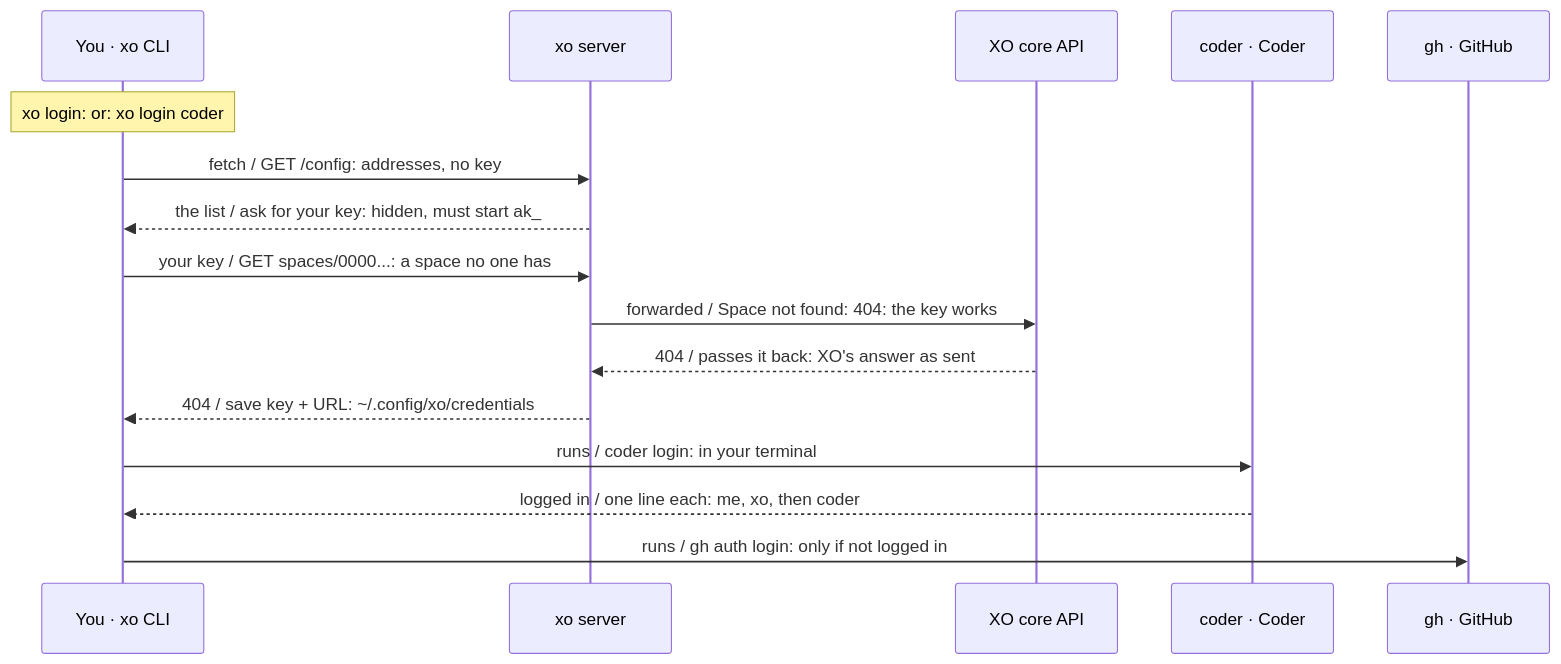
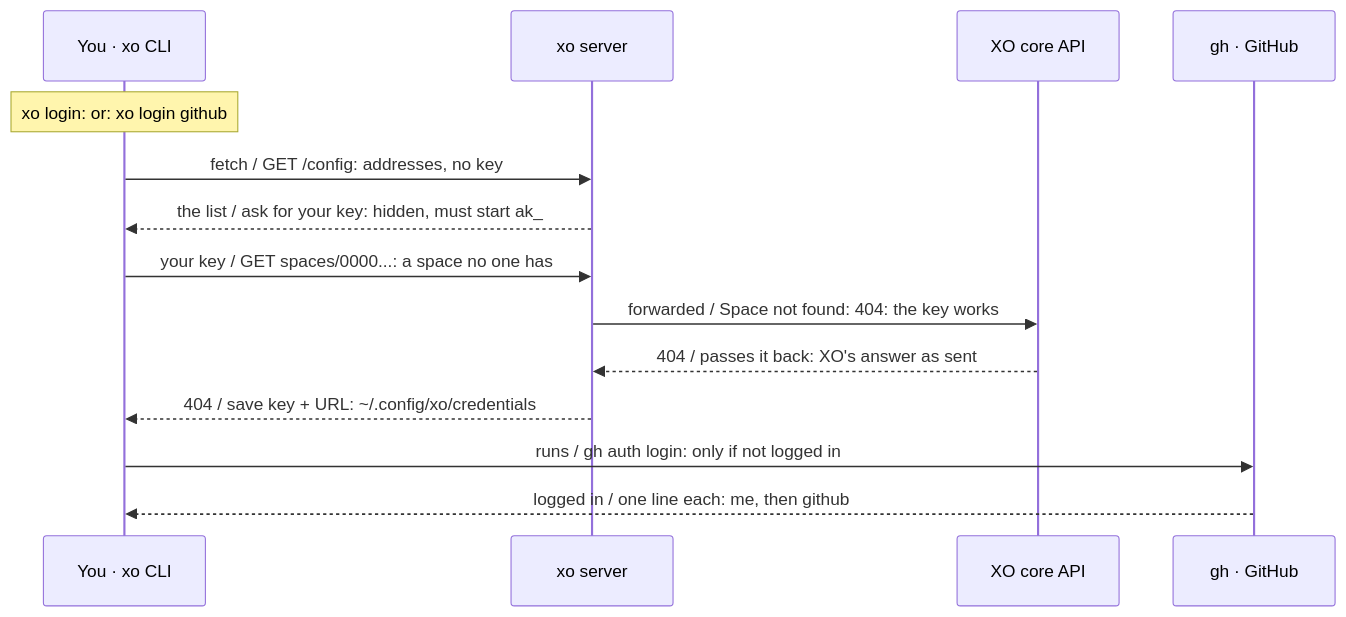
The third of 30 diagrams in docs/architecture.md (quirq-ai/xo), drawn with Mermaid before and after one commit. The commit also changed other lines of this file and 18 other files, not shown here.

````diff
--- a/docs/architecture.md
+++ b/docs/architecture.md
@@ -114,18 +107,16 @@
 ```mermaid
 sequenceDiagram
   participant Cli as You · xo CLI
   participant Srv as xo server
   participant Xo as XO core API
-  participant Coder as coder · Coder
   participant Gh as gh · GitHub
-  Note over Cli: xo login: or: xo login coder
+  Note over Cli: xo login: or: xo login github
   Cli->>Srv: fetch / GET /config: addresses, no key
   Srv-->>Cli: the list / ask for your key: hidden, must start ak_
   Cli->>Srv: your key / GET spaces/0000...: a space no one has
   Srv->>Xo: forwarded / Space not found: 404: the key works
   Xo-->>Srv: 404 / passes it back: XO's answer as sent
   Srv-->>Cli: 404 / save key + URL: ~/.config/xo/credentials
-  Cli->>Coder: runs / coder login: in your terminal
-  Coder-->>Cli: logged in / one line each: me, xo, then coder
   Cli->>Gh: runs / gh auth login: only if not logged in
+  Gh-->>Cli: logged in / one line each: me, then github
 ```
````
